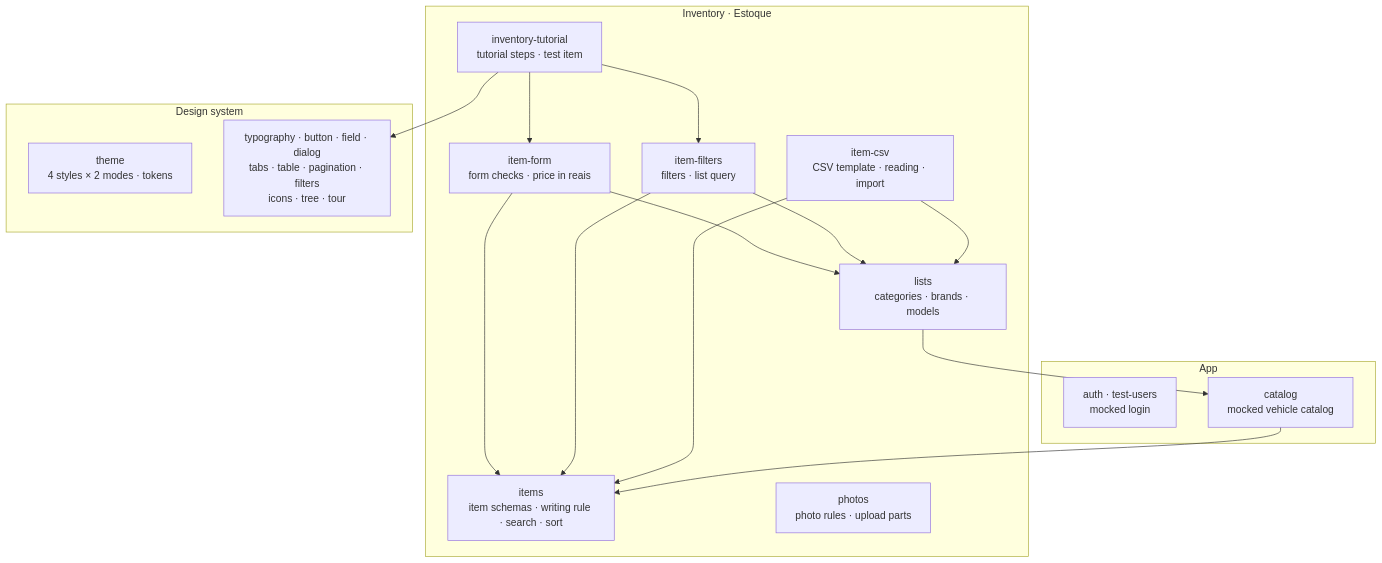
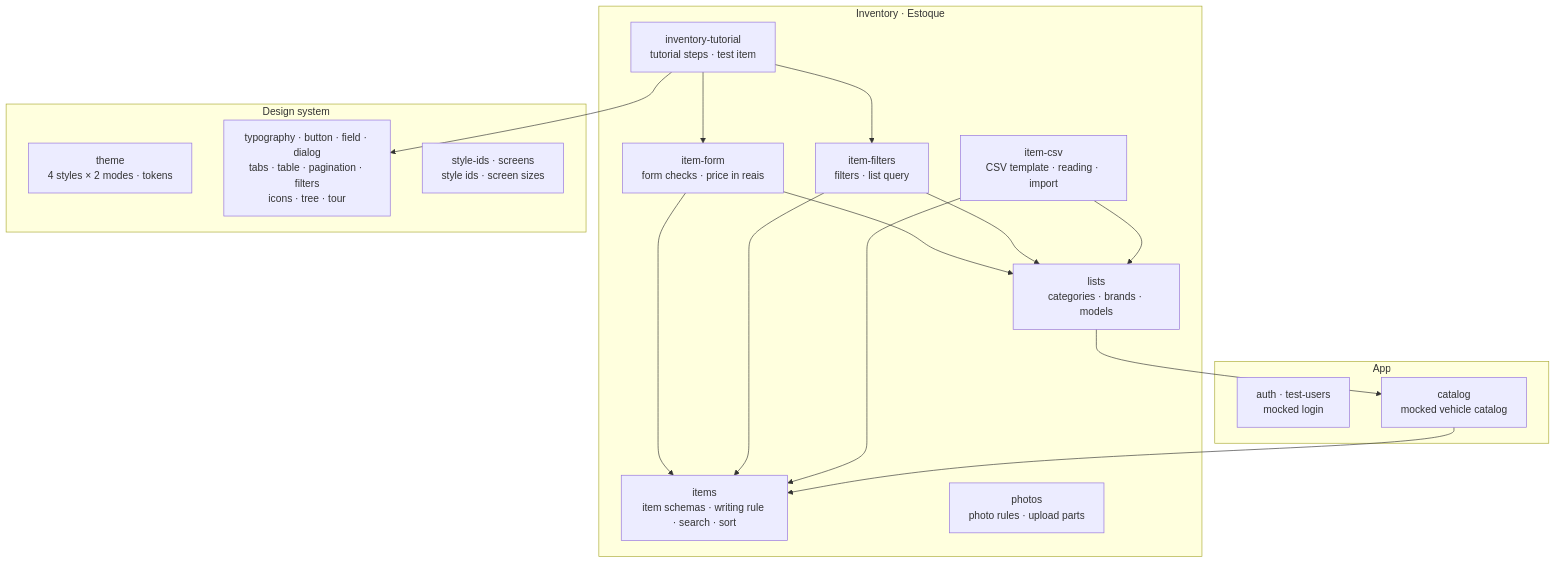
Before and after one commit to ChrisCamilo/apc-universal-repair: the second of 3 diagrams in docs/architecture.md, drawn with Mermaid. The commit also changed other lines of this file, not shown here.

Commit message:
docs: Add the style modules and recipes to the architecture overview

````diff
--- a/docs/architecture.md
+++ b/docs/architecture.md
@@ -41,31 +41,32 @@
 ```mermaid
 flowchart TB
     subgraph inventory["Inventory · Estoque"]
         items["items<br/>item schemas · writing rule · search · sort"]
         itemForm["item-form<br/>form checks · price in reais"]
         itemFilters["item-filters<br/>filters · list query"]
         itemCsv["item-csv<br/>CSV template · reading · import"]
         lists["lists<br/>categories · brands · models"]
         photos["photos<br/>photo rules · upload parts"]
         tutorial["inventory-tutorial<br/>tutorial steps · test item"]
     end
     subgraph ui["Design system"]
         theme["theme<br/>4 styles × 2 modes · tokens"]
         rest["typography · button · field · dialog<br/>tabs · table · pagination · filters<br/>icons · tree · tour"]
+        styling["style-ids · screens<br/>style ids · screen sizes"]
     end
     subgraph other["App"]
         auth["auth · test-users<br/>mocked login"]
         catalog["catalog<br/>mocked vehicle catalog"]
     end
     itemForm --> items
     itemFilters --> items
     itemCsv --> items
     itemForm --> lists
     itemFilters --> lists
     itemCsv --> lists
     lists --> catalog
     catalog --> items
     tutorial --> itemForm
     tutorial --> itemFilters
     tutorial --> rest
 ```
````
